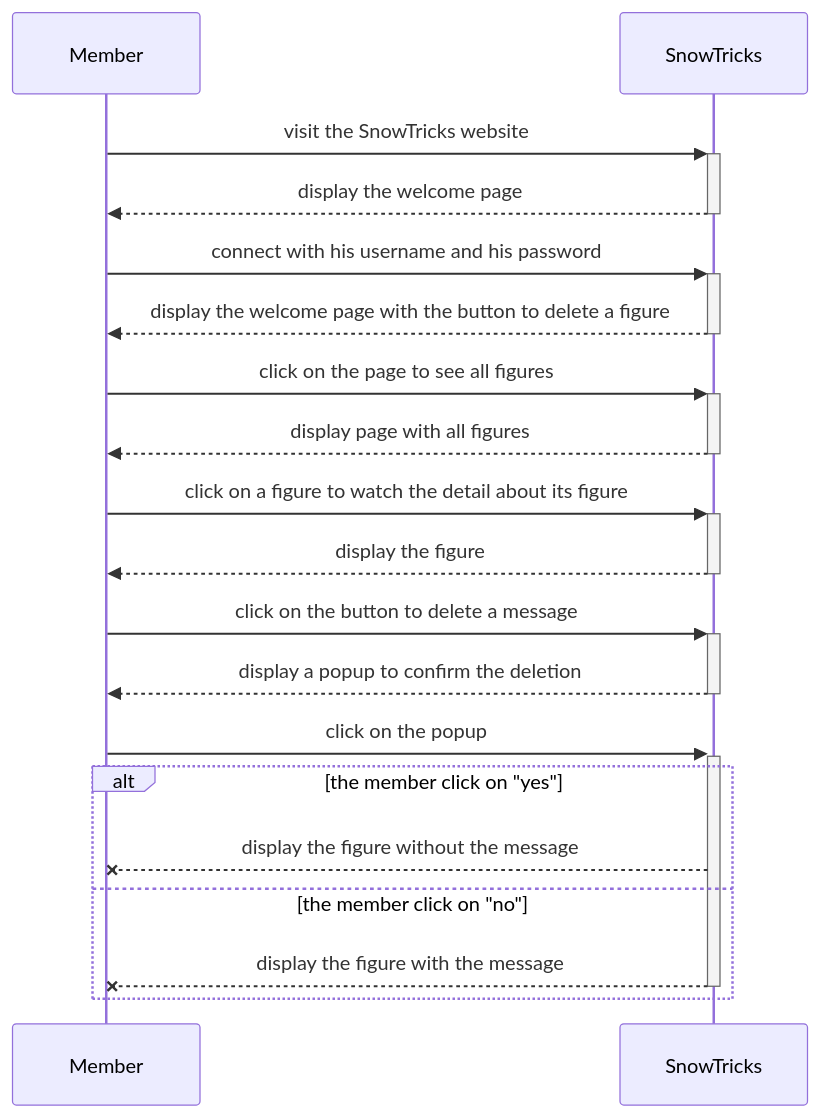
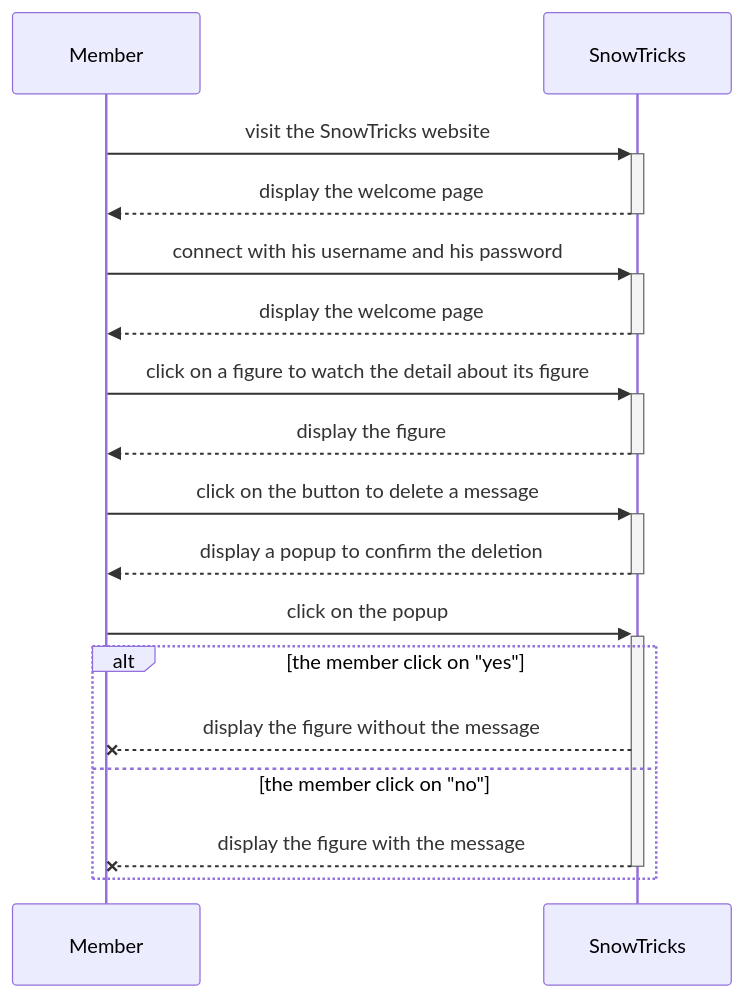
Before and after one commit to GabrielSAPONARA/SnowTricks: the diagram in umlDiagrams/sequenceDiagrams/messageSequenceDiagrams/deleteMessageSequenceDiagram.mmd, drawn with Mermaid. The commit also changed 10 other files, not shown here.

Commit message:
closes #3, closes #4, closes #14; :wrench: finish sequence, use case and class diagrams

```diff
--- a/umlDiagrams/sequenceDiagrams/messageSequenceDiagrams/deleteMessageSequenceDiagram.mmd
+++ b/umlDiagrams/sequenceDiagrams/messageSequenceDiagrams/deleteMessageSequenceDiagram.mmd
@@ -1,17 +1,15 @@
 sequenceDiagram
     Member->>+SnowTricks: visit the SnowTricks website
     SnowTricks-->>-Member: display the welcome page
     Member->>+SnowTricks: connect with his username and his password
-    SnowTricks-->>-Member: display the welcome page with the button to delete a figure
-    Member->>+SnowTricks: click on the page to see all figures
-    SnowTricks-->>-Member: display page with all figures
+    SnowTricks-->>-Member: display the welcome page
     Member->>+SnowTricks: click on a figure to watch the detail about its figure
     SnowTricks -->>- Member: display the figure
     Member ->>+ SnowTricks : click on the button to delete a message
     SnowTricks -->>- Member : display a popup to confirm the deletion
     Member ->>+ SnowTricks : click on the popup
     alt the member click on "yes"
         SnowTricks --x Member : display the figure without the message
     else the member click on "no"
         SnowTricks --x- Member : display the figure with the message
     end
```
